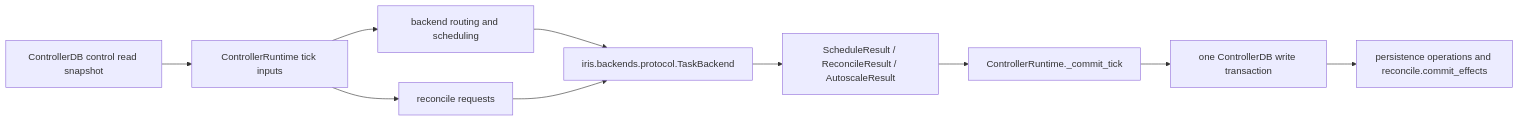
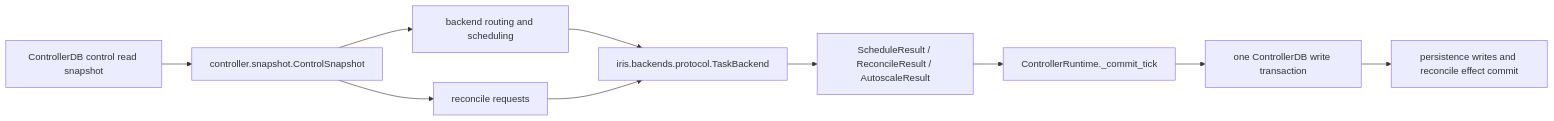
Before and after one commit to marin-community/marin: the third of 5 diagrams in lib/iris/docs/architecture.md, drawn with Mermaid. The commit also changed other lines of this file and 186 other files, not shown here.

````diff
--- a/lib/iris/docs/architecture.md
+++ b/lib/iris/docs/architecture.md
@@ -73,12 +80,12 @@
 ```mermaid
 flowchart LR
-    Snapshot[ControllerDB control read snapshot] --> Inputs[ControllerRuntime tick inputs]
+    Snapshot[ControllerDB control read snapshot] --> Inputs[controller.snapshot.ControlSnapshot]
     Inputs --> Route[backend routing and scheduling]
     Inputs --> Reconcile[reconcile requests]
     Route --> Backend[iris.backends.protocol.TaskBackend]
     Reconcile --> Backend
     Backend --> Results[ScheduleResult / ReconcileResult / AutoscaleResult]
     Results --> Merge[ControllerRuntime._commit_tick]
     Merge --> Commit[one ControllerDB write transaction]
-    Commit --> Effects[persistence operations and reconcile.commit_effects]
+    Commit --> Effects[persistence writes and reconcile effect commit]
 ```
````
